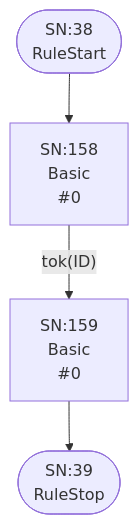
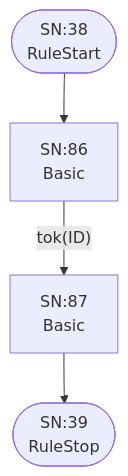
Before and after one commit to TypeFox/fastbelt: diagram 20 of 25 in internal/grammar/atn.md, drawn with Mermaid. The commit also changed other lines of this file and 7 other files, not shown here.

````diff
--- a/internal/grammar/atn.md
+++ b/internal/grammar/atn.md
@@ -625,11 +625,11 @@
 ```mermaid
 flowchart TD
     q38(["SN:38<br/>RuleStart"])
     q39(["SN:39<br/>RuleStop"])
-    q158["SN:158<br/>Basic<br/> #0"]
-    q159["SN:159<br/>Basic<br/> #0"]
+    q86["SN:86<br/>Basic<br/>"]
+    q87["SN:87<br/>Basic<br/>"]
 
-    q38 --> q158
-    q158 -->|"tok(ID)"| q159
-    q159 --> q39
+    q38 --> q86
+    q86 -->|"tok(ID)"| q87
+    q87 --> q39
 ```
````
